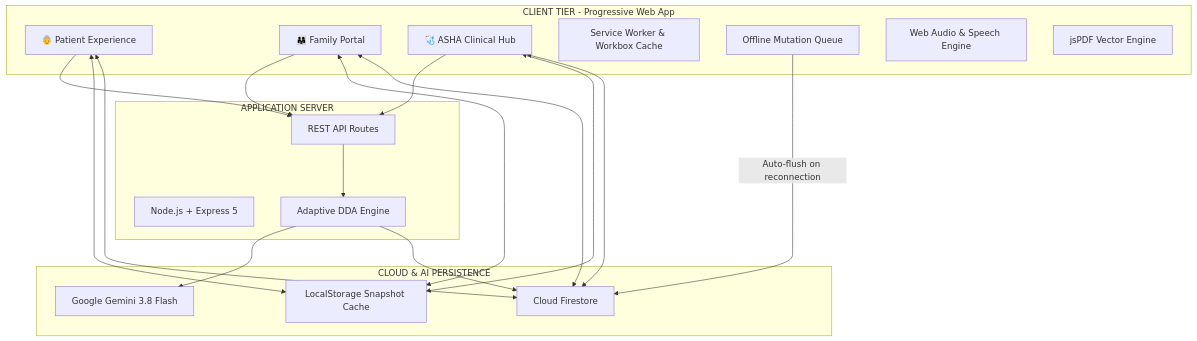
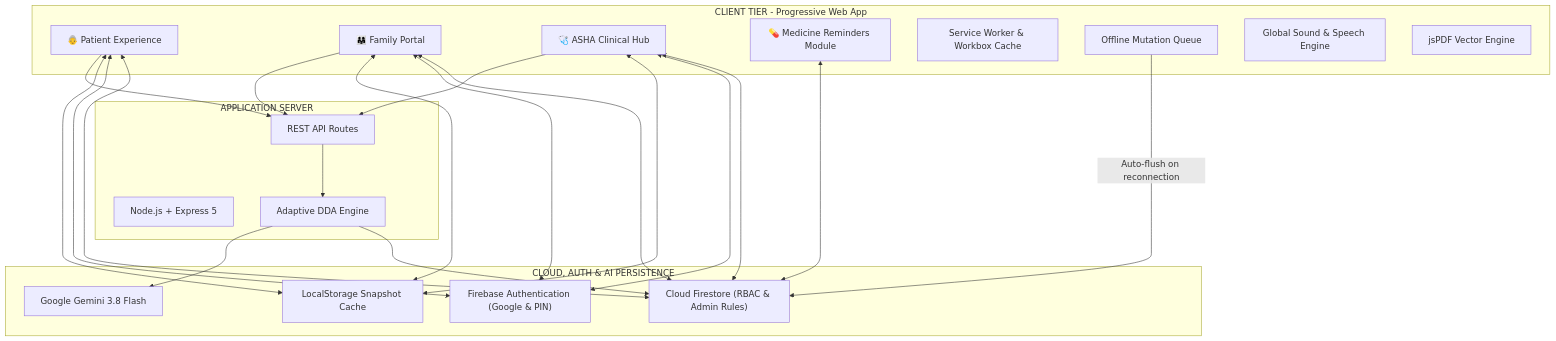
Before and after one commit to simrangupta8920-spec/Monor-Xur: the first of 4 diagrams in README.md, drawn with Mermaid. The commit also changed other lines of this file, not shown here.

````diff
--- a/README.md
+++ b/README.md
@@ -105,41 +112,48 @@
 ```mermaid
 graph TB
     subgraph Client_Tier [CLIENT TIER - Progressive Web App]
         P["👵 Patient Experience"]
         F["👨‍👩‍👧 Family Portal"]
         A["🩺 ASHA Clinical Hub"]
+        MED["💊 Medicine Reminders Module"]
         SW["Service Worker & Workbox Cache"]
         MQ["Offline Mutation Queue"]
-        WA["Web Audio & Speech Engine"]
+        WA["Global Sound & Speech Engine"]
         PDF["jsPDF Vector Engine"]
     end
 
     subgraph Server_Tier [APPLICATION SERVER]
         EX["Node.js + Express 5"]
         REST["REST API Routes"]
         DDA_E["Adaptive DDA Engine"]
     end
 
-    subgraph Infra [CLOUD & AI PERSISTENCE]
+    subgraph Infra [CLOUD, AUTH & AI PERSISTENCE]
+        AUTH["Firebase Authentication (Google & PIN)"]
         GEMINI["Google Gemini 3.8 Flash"]
-        FS["Cloud Firestore"]
+        FS["Cloud Firestore (RBAC & Admin Rules)"]
         LOCAL["LocalStorage Snapshot Cache"]
     end
 
     P --> REST
     F --> REST
     A --> REST
 
     P <--> LOCAL
     F <--> LOCAL
     A <--> LOCAL
 
+    P <--> AUTH
+    F <--> AUTH
+    A <--> AUTH
+
     REST --> DDA_E
     DDA_E --> GEMINI
     DDA_E --> FS
 
     P <--> FS
     F <--> FS
     A <--> FS
+    MED <--> FS
     MQ -- "Auto-flush on reconnection" --> FS
 ```
````
